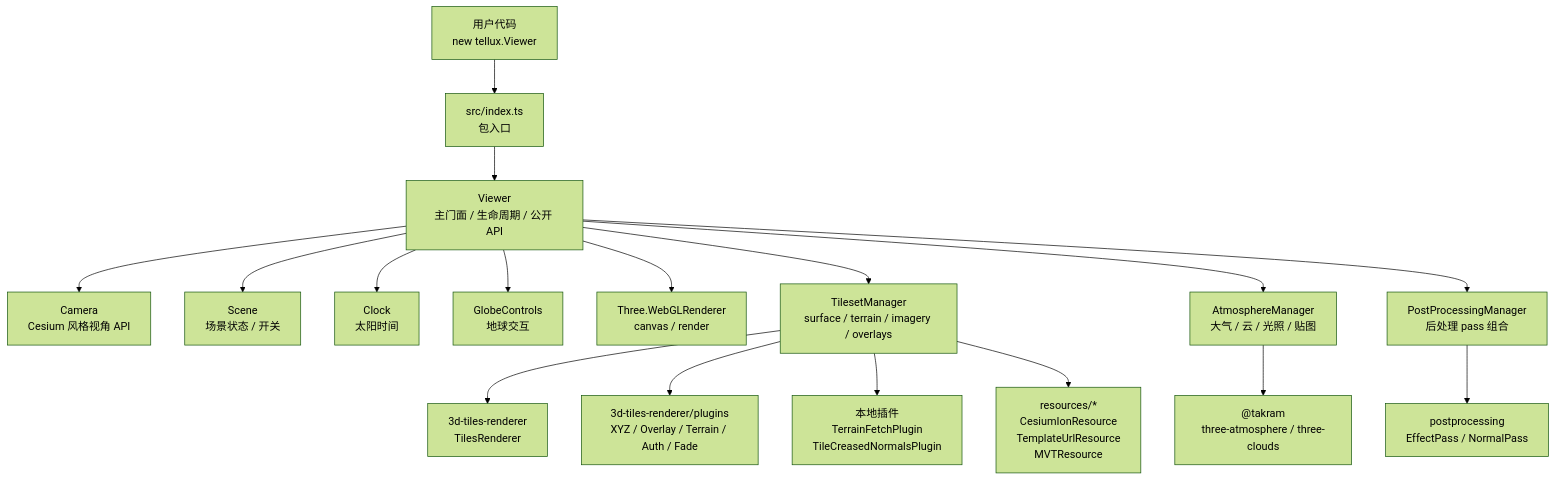
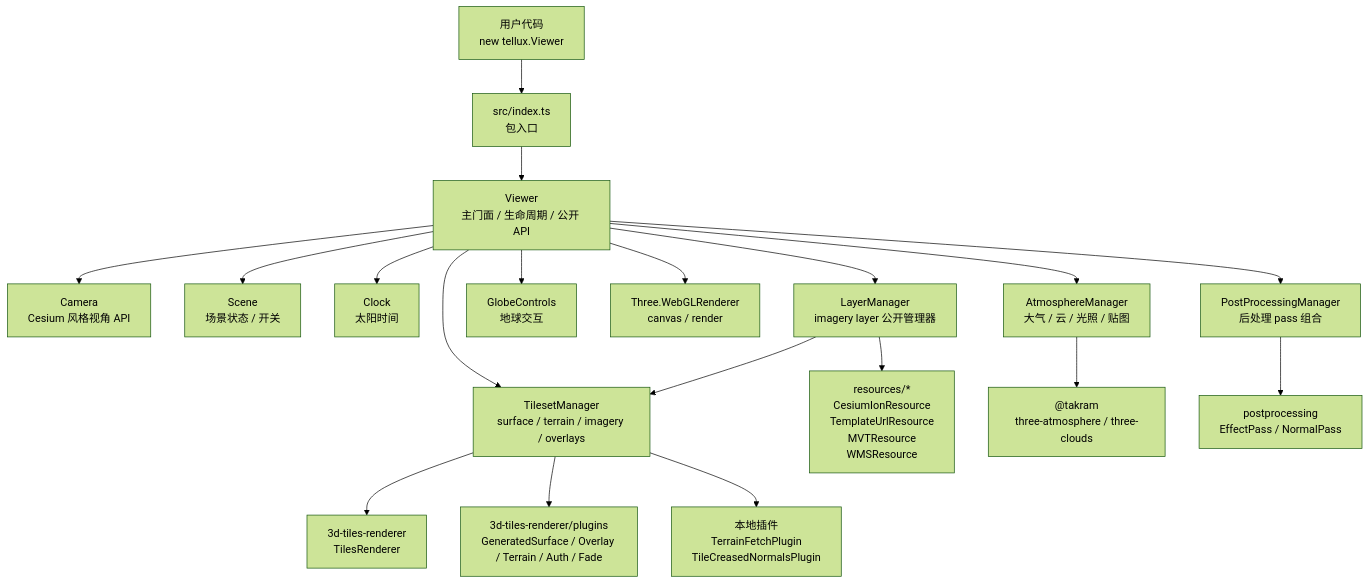
The first of 4 diagrams in docs/project-architecture.md (cyanfish-x/tellux), drawn with Mermaid (forest theme) before and after one commit. The commit also changed other lines of this file and 19 other files, not shown here.

Commit message:
完成数据源切换案例；完成图层架构重构与确立；

````diff
--- a/docs/project-architecture.md
+++ b/docs/project-architecture.md
@@ -9,23 +9,25 @@
 ```mermaid
 flowchart TB
   User["用户代码<br/>new tellux.Viewer"] --> Entry["src/index.ts<br/>包入口"]
   Entry --> Viewer["Viewer<br/>主门面 / 生命周期 / 公开 API"]
 
   Viewer --> Camera["Camera<br/>Cesium 风格视角 API"]
   Viewer --> Scene["Scene<br/>场景状态 / 开关"]
   Viewer --> Clock["Clock<br/>太阳时间"]
+  Viewer --> LayerManager["LayerManager<br/>imagery layer 公开管理器"]
   Viewer --> Controls["GlobeControls<br/>地球交互"]
   Viewer --> Renderer["Three.WebGLRenderer<br/>canvas / render"]
 
   Viewer --> TilesetManager["TilesetManager<br/>surface / terrain / imagery / overlays"]
   Viewer --> AtmosphereManager["AtmosphereManager<br/>大气 / 云 / 光照 / 贴图"]
   Viewer --> PostProcessingManager["PostProcessingManager<br/>后处理 pass 组合"]
 
   TilesetManager --> TilesRenderer["3d-tiles-renderer<br/>TilesRenderer"]
-  TilesetManager --> RendererPlugins["3d-tiles-renderer/plugins<br/>XYZ / Overlay / Terrain / Auth / Fade"]
+  LayerManager --> TilesetManager
+  TilesetManager --> RendererPlugins["3d-tiles-renderer/plugins<br/>GeneratedSurface / Overlay / Terrain / Auth / Fade"]
   TilesetManager --> LocalPlugins["本地插件<br/>TerrainFetchPlugin<br/>TileCreasedNormalsPlugin"]
-  TilesetManager --> Resources["resources/*<br/>CesiumIonResource<br/>TemplateUrlResource<br/>MVTResource"]
+  LayerManager --> Resources["resources/*<br/>CesiumIonResource<br/>TemplateUrlResource<br/>MVTResource<br/>WMSResource"]
 
   AtmosphereManager --> Takram["@takram<br/>three-atmosphere / three-clouds"]
   PostProcessingManager --> Postprocessing["postprocessing<br/>EffectPass / NormalPass"]
 ```
````
